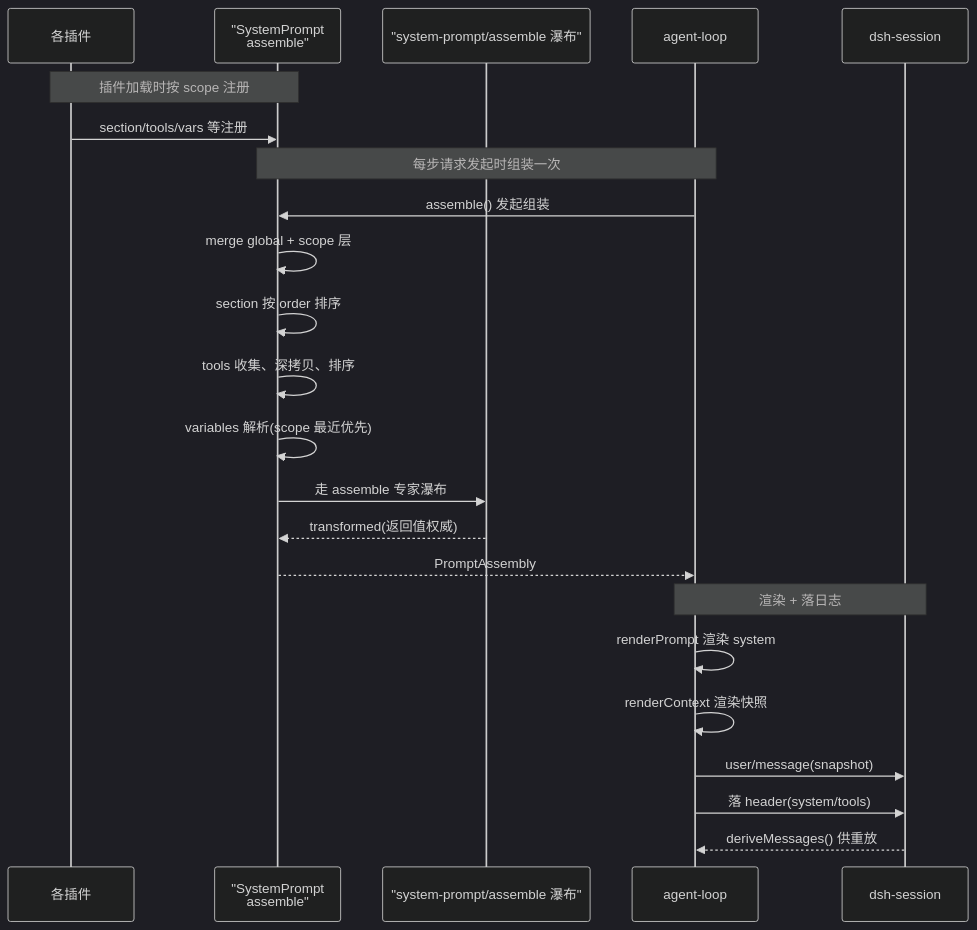
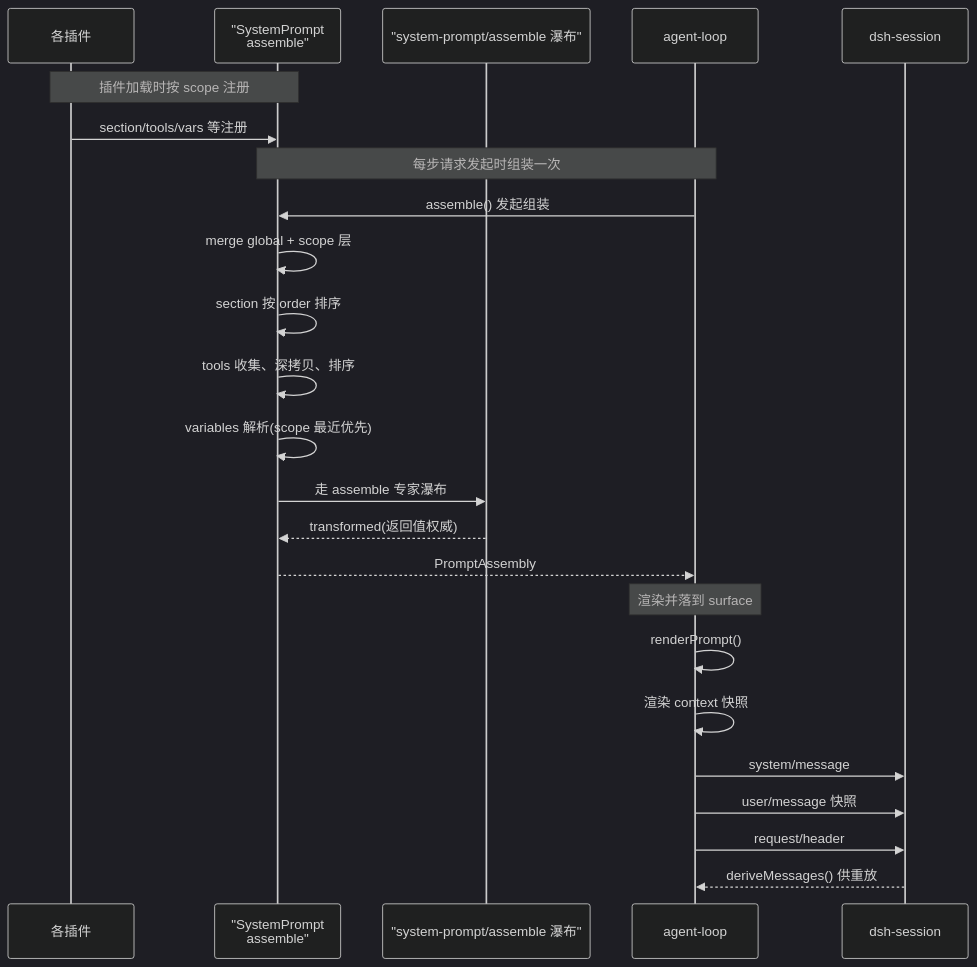
Before and after one commit to morehao/oss-insights: the second of 2 diagrams in ai-agent/deepseek-harness/system-prompt.md, drawn with Mermaid (dark theme). The commit also changed other lines of this file and 27 other files, not shown here.

````diff
--- a/ai-agent/deepseek-harness/system-prompt.md
+++ b/ai-agent/deepseek-harness/system-prompt.md
@@ -233,26 +291,27 @@
 ```mermaid
 sequenceDiagram
     participant Plugin as 各插件
     participant SP as "SystemPrompt<br>assemble"
     participant WF as "system-prompt/assemble 瀑布"
     participant Driver as agent-loop
     participant Log as dsh-session
 
     Note over Plugin,SP: 插件加载时按 scope 注册
     Plugin->>SP: section/tools/vars 等注册
     Note over Driver,SP: 每步请求发起时组装一次
     Driver->>SP: assemble() 发起组装
     SP->>SP: merge global + scope 层
     SP->>SP: section 按 order 排序
     SP->>SP: tools 收集、深拷贝、排序
     SP->>SP: variables 解析(scope 最近优先)
     SP->>WF: 走 assemble 专家瀑布
     WF-->>SP: transformed(返回值权威)
     SP-->>Driver: PromptAssembly
-    Note over Driver,Log: 渲染 + 落日志
-    Driver->>Driver: renderPrompt 渲染 system
-    Driver->>Driver: renderContext 渲染快照
-    Driver->>Log: user/message(snapshot)
-    Driver->>Log: 落 header(system/tools)
+    Note over Driver: 渲染并落到 surface
+    Driver->>Driver: renderPrompt()
+    Driver->>Driver: 渲染 context 快照
+    Driver->>Log: system/message
+    Driver->>Log: user/message 快照
+    Driver->>Log: request/header
     Log-->>Driver: deriveMessages() 供重放
 ```
````
